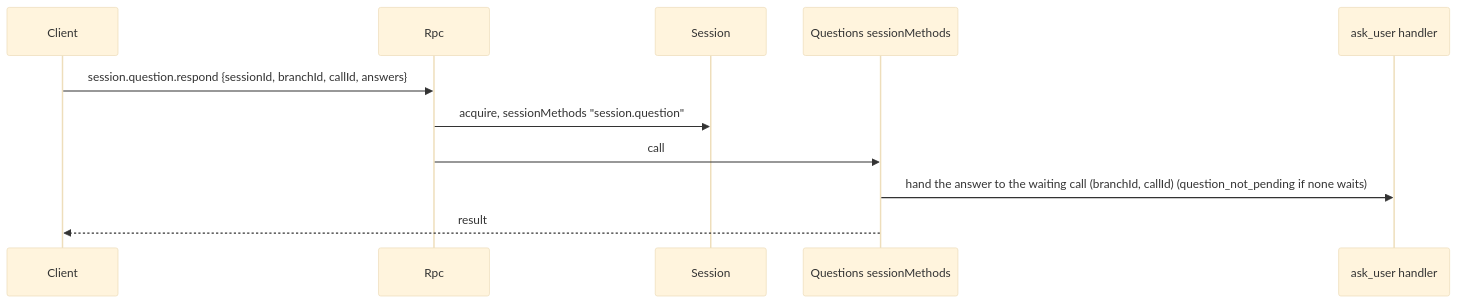
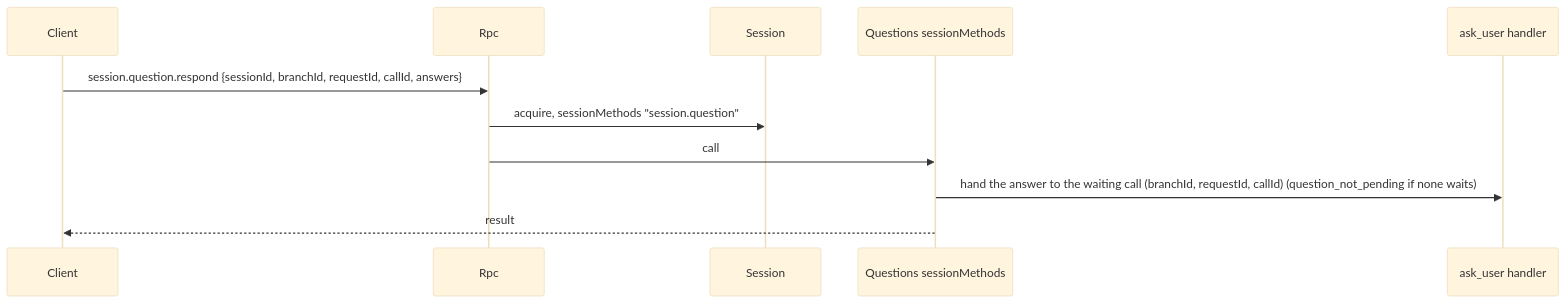
One commit to CoutinhoTTS/dim-agent changed the sixth of 8 diagrams in docs/design/overview.md. Above: the diagram before and after it, drawn with Mermaid (base theme). The commit also changed 5 other files, not shown here.

First line of the commit message:
docs(questions): name a waiting call by its model request id (#144)

````diff
--- a/docs/design/overview.md
+++ b/docs/design/overview.md
@@ -253,13 +253,13 @@
 ```mermaid
 sequenceDiagram
   participant CL as Client
   participant Rpc as Rpc
   participant S as Session
   participant QS as Questions sessionMethods
   participant H as ask_user handler
-  CL->>Rpc: session.question.respond {sessionId, branchId, callId, answers}
+  CL->>Rpc: session.question.respond {sessionId, branchId, requestId, callId, answers}
   Rpc->>S: acquire, sessionMethods "session.question"
   Rpc->>QS: call
-  QS->>H: hand the answer to the waiting call (branchId, callId) (question_not_pending if none waits)
+  QS->>H: hand the answer to the waiting call (branchId, requestId, callId) (question_not_pending if none waits)
   QS-->>CL: result
 ```
````
